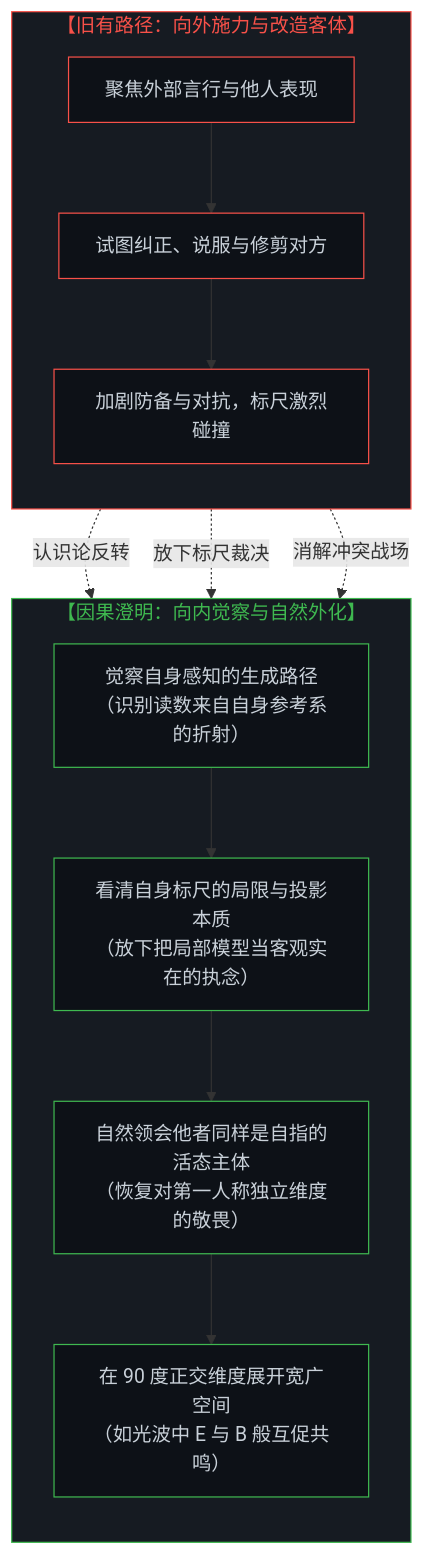
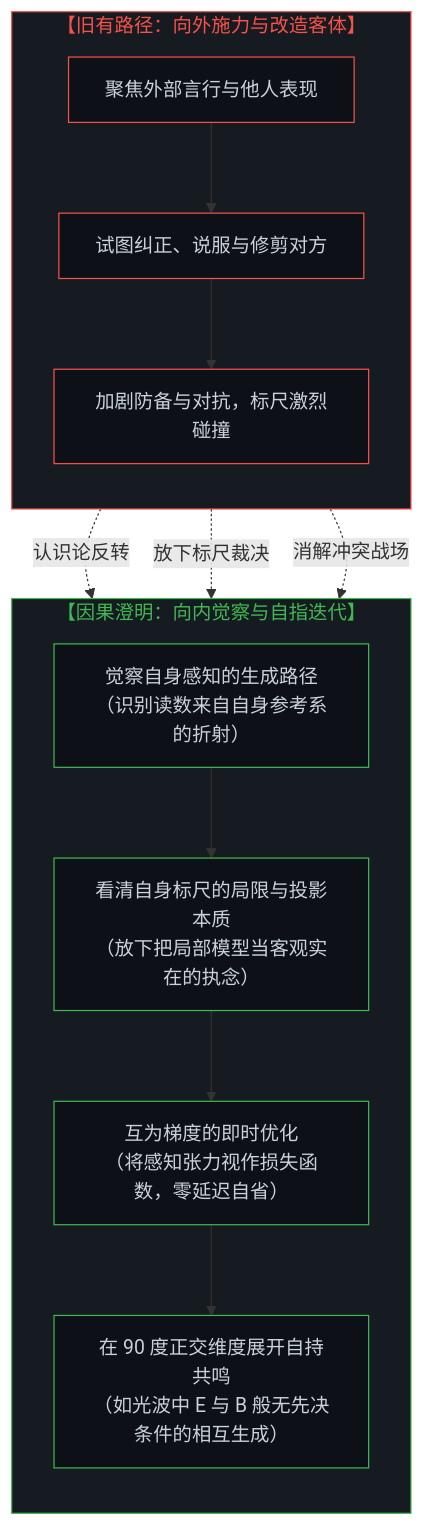
Before and after one commit to powerpig99/not-a-toe: the fifth of 5 diagrams in content/posts/the-illusion-of-knowing-and-the-geometry-of-amputation.md, drawn with Mermaid. The commit also changed other lines of this file and 6 other files, not shown here.

````diff
--- a/content/posts/the-illusion-of-knowing-and-the-geometry-of-amputation.md
+++ b/content/posts/the-illusion-of-knowing-and-the-geometry-of-amputation.md
@@ -240,33 +240,33 @@
 ```mermaid
 graph TD
     subgraph S_External_Effort["【旧有路径：向外施力与改造客体】"]
         direction TB
         P1["聚焦外部言行与他人表现"]
         P2["试图纠正、说服与修剪对方"]
         P3["加剧防备与对抗，标尺激烈碰撞"]
         P1 --> P2 --> P3
     end
 
-    subgraph S_Internal_Clarity["【因果澄明：向内觉察与自然外化】"]
+    subgraph S_Internal_Clarity["【因果澄明：向内觉察与自指迭代】"]
         direction TB
         Q1["觉察自身感知的生成路径<br>（识别读数来自自身参考系的折射）"]
         Q2["看清自身标尺的局限与投影本质<br>（放下把局部模型当客观实在的执念）"]
-        Q3["自然领会他者同样是自指的活态主体<br>（恢复对第一人称独立维度的敬畏）"]
-        Q4["在 90 度正交维度展开宽广空间<br>（如光波中 E 与 B 般互促共鸣）"]
+        Q3["互为梯度的即时优化<br>（将感知张力视作损失函数，零延迟自省）"]
+        Q4["在 90 度正交维度展开自持共鸣<br>（如光波中 E 与 B 般无先决条件的相互生成）"]
         Q1 --> Q2 --> Q3 --> Q4
     end
 
     P1 -.->|"认识论反转"| Q1
     P2 -.->|"放下标尺裁决"| Q2
     P3 -.->|"消解冲突战场"| Q4
 
     style S_External_Effort fill:#161b22,stroke:#f85149,stroke-width:1px,color:#f85149
     style S_Internal_Clarity fill:#161b22,stroke:#3fb950,stroke-width:1px,color:#3fb950
     style P1 fill:#0d1117,stroke:#f85149,stroke-width:1px,color:#c9d1d9
     style P2 fill:#0d1117,stroke:#f85149,stroke-width:1px,color:#c9d1d9
     style P3 fill:#0d1117,stroke:#f85149,stroke-width:1px,color:#c9d1d9
     style Q1 fill:#0d1117,stroke:#3fb950,stroke-width:1px,color:#c9d1d9
     style Q2 fill:#0d1117,stroke:#3fb950,stroke-width:1px,color:#c9d1d9
     style Q3 fill:#0d1117,stroke:#3fb950,stroke-width:1px,color:#c9d1d9
     style Q4 fill:#0d1117,stroke:#3fb950,stroke-width:1px,color:#c9d1d9
 ```
````
